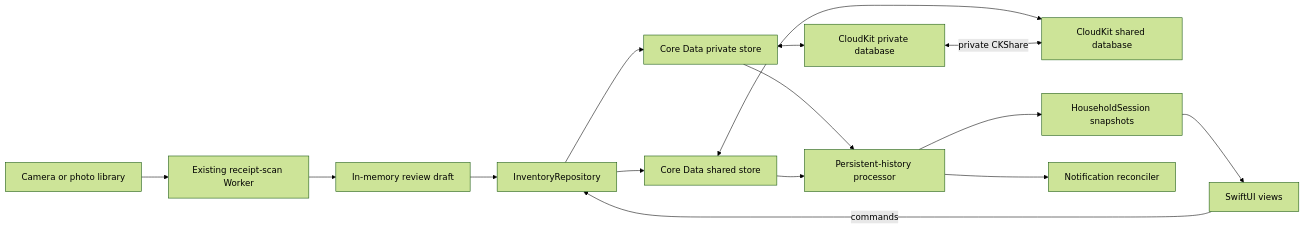
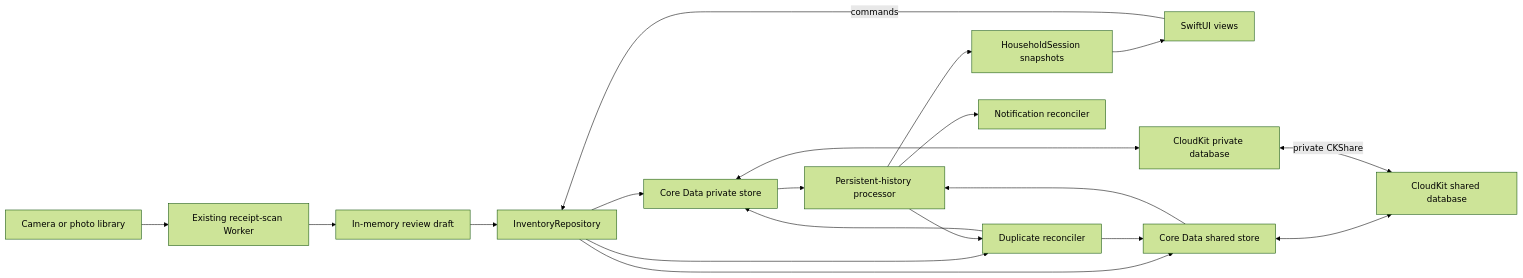
One commit to JINGBANZ/Tridge changed the diagram in wiki/household-sharing.md. Above: the diagram before and after it, drawn with Mermaid (forest theme). The commit also changed other lines of this file and 7 other files, not shown here.

````diff
--- a/wiki/household-sharing.md
+++ b/wiki/household-sharing.md
@@ -50,17 +56,21 @@
 ```mermaid
 flowchart LR
     Camera[Camera or photo library] --> Worker[Existing receipt-scan Worker]
     Worker --> Review[In-memory review draft]
     Review --> Repository[InventoryRepository]
     Views[SwiftUI views] -->|commands| Repository
     Repository --> Private[Core Data private store]
     Repository --> Shared[Core Data shared store]
     Private <--> PrivateDB[CloudKit private database]
     Shared <--> SharedDB[CloudKit shared database]
     PrivateDB <-->|private CKShare| SharedDB
     Private --> History[Persistent-history processor]
     Shared --> History
+    Repository --> Reconcile[Duplicate reconciler]
+    History --> Reconcile
+    Reconcile --> Private
+    Reconcile --> Shared
     History --> Session[HouseholdSession snapshots]
     Session --> Views
     History --> Reminders[Notification reconciler]
 ```
````
